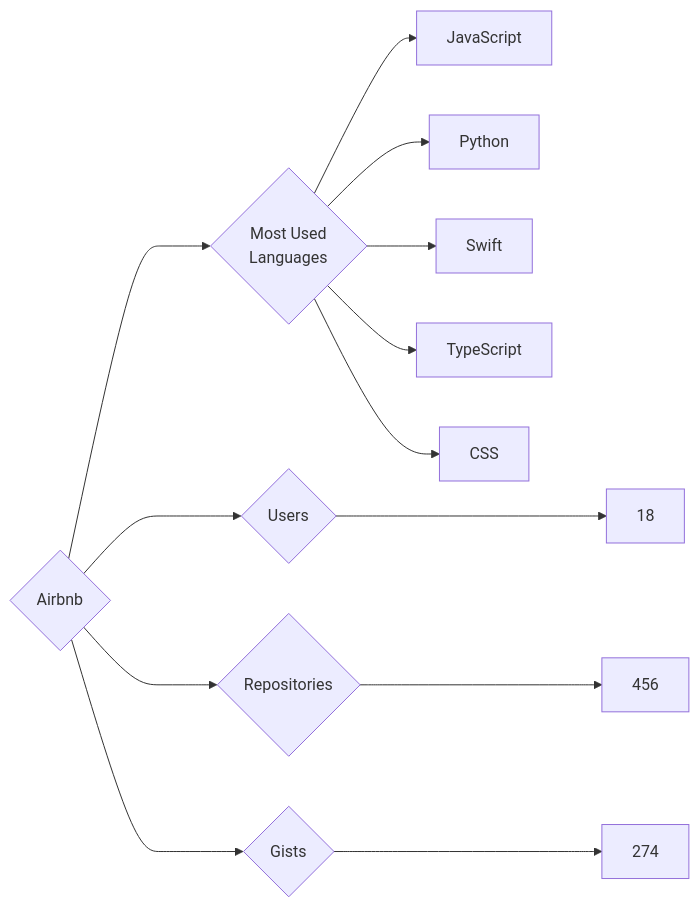
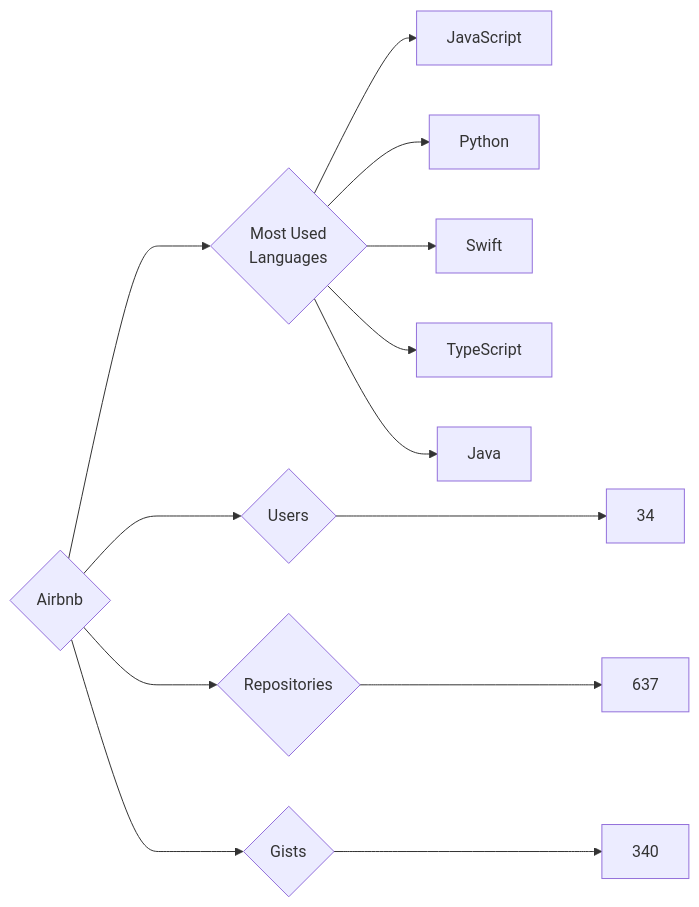
The diagram in targets/Airbnb/README.md (trickest/insiders), drawn with Mermaid before and after one commit. The commit also changed 786 other files, not shown here.

````diff
--- a/targets/Airbnb/README.md
+++ b/targets/Airbnb/README.md
@@ -3,13 +3,13 @@
 ```mermaid
 graph LR
 COMPANY_NAME{Airbnb}
-COMPANY_NAME ---> U{Users} ---> UN[18]
-COMPANY_NAME ---> R{Repositories} ---> RN[456]
-COMPANY_NAME ---> G{Gists} ---> GN[274]
+COMPANY_NAME ---> U{Users} ---> UN[34]
+COMPANY_NAME ---> R{Repositories} ---> RN[637]
+COMPANY_NAME ---> G{Gists} ---> GN[340]
 COMPANY_NAME ---> ML{Most Used<br>Languages}
 ML --> JavaScript[JavaScript]
 ML --> Python[Python]
 ML --> Swift[Swift]
 ML --> TypeScript[TypeScript]
-ML --> CSS[CSS]
+ML --> Java[Java]
 ```
````
